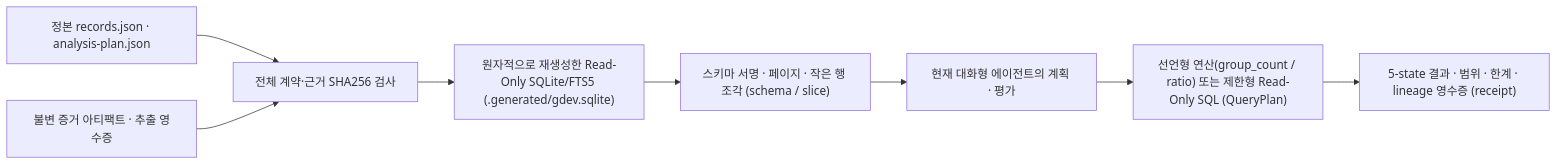
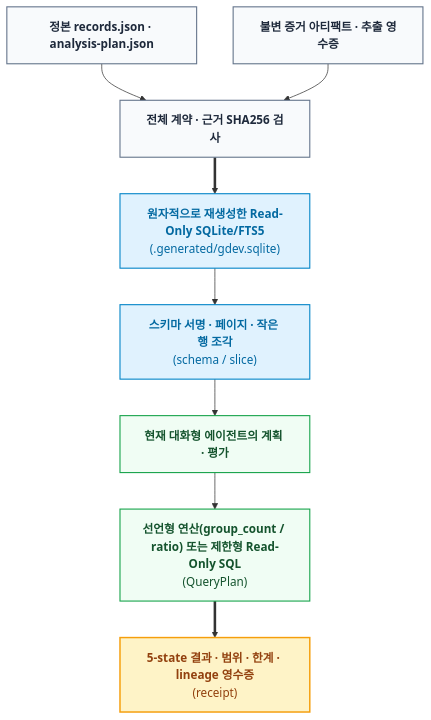
The first of 2 diagrams in _deep_dives/ontology-engineering/game-evidence.md (tomato-vault/tomato-vault.github.io), drawn with Mermaid before and after one commit. The commit also changed 19 other files, not shown here.

First line of the commit message:
Refactor ontology engineering documentation with enhanced diagrams and clarity

````diff
--- a/_deep_dives/ontology-engineering/game-evidence.md
+++ b/_deep_dives/ontology-engineering/game-evidence.md
@@ -120,10 +120,15 @@
 ```mermaid
-flowchart LR
-    JSON["정본 records.json · analysis-plan.json"] --> V["전체 계약·근거 SHA256 검사"]
-    E["불변 증거 아티팩트 · 추출 영수증"] --> V
-    V --> I["원자적으로 재생성한 Read-Only SQLite/FTS5 (.generated/gdev.sqlite)"]
-    I --> S["스키마 서명 · 페이지 · 작은 행 조각 (schema / slice)"]
-    S --> A["현재 대화형 에이전트의 계획 · 평가"]
-    A --> Q["선언형 연산(group_count / ratio) 또는 제한형 Read-Only SQL (QueryPlan)"]
-    Q --> R["5-state 결과 · 범위 · 한계 · lineage 영수증 (receipt)"]
+flowchart TB
+    classDef s1 fill:#f8fafc,stroke:#64748b,stroke-width:1.5px,color:#1e293b
+    classDef s2 fill:#e0f2fe,stroke:#0284c7,stroke-width:1.5px,color:#0369a1
+    classDef s3 fill:#f0fdf4,stroke:#16a34a,stroke-width:1.5px,color:#14532d
+    classDef s4 fill:#fef3c7,stroke:#f59e0b,stroke-width:2px,color:#92400e
+
+    JSON["<b>정본 records.json · analysis-plan.json</b>"]:::s1 --> V["<b>전체 계약 · 근거 SHA256 검사</b>"]:::s1
+    E["<b>불변 증거 아티팩트 · 추출 영수증</b>"]:::s1 --> V
+    V ==> I["<b>원자적으로 재생성한 Read-Only SQLite/FTS5</b><br/>(.generated/gdev.sqlite)"]:::s2
+    I --> S["<b>스키마 서명 · 페이지 · 작은 행 조각</b><br/>(schema / slice)"]:::s2
+    S --> A["<b>현재 대화형 에이전트의 계획 · 평가</b>"]:::s3
+    A --> Q["<b>선언형 연산(group_count / ratio) 또는 제한형 Read-Only SQL</b><br/>(QueryPlan)"]:::s3
+    Q ==> R["<b>5-state 결과 · 범위 · 한계 · lineage 영수증</b><br/>(receipt)"]:::s4
 ```
````
